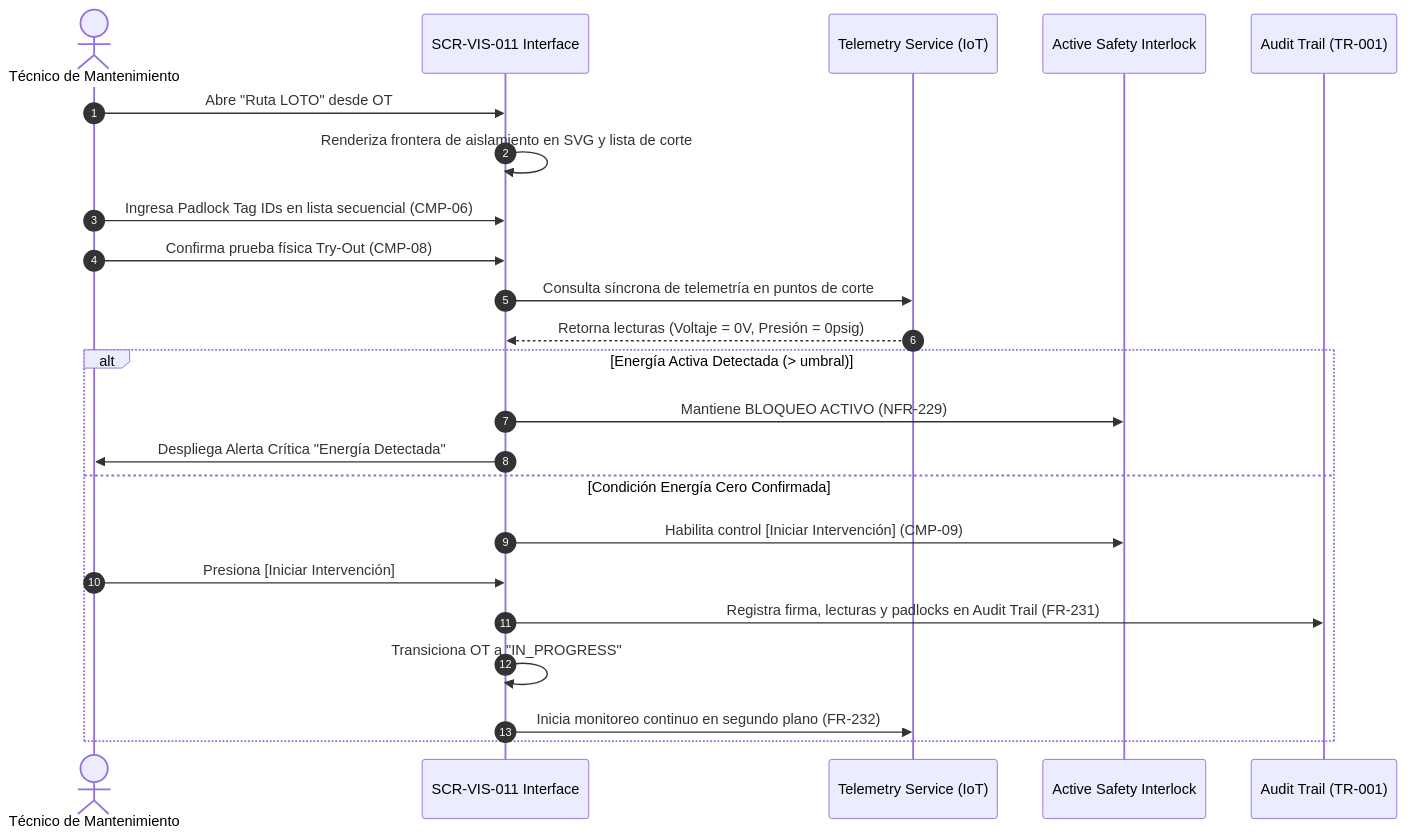
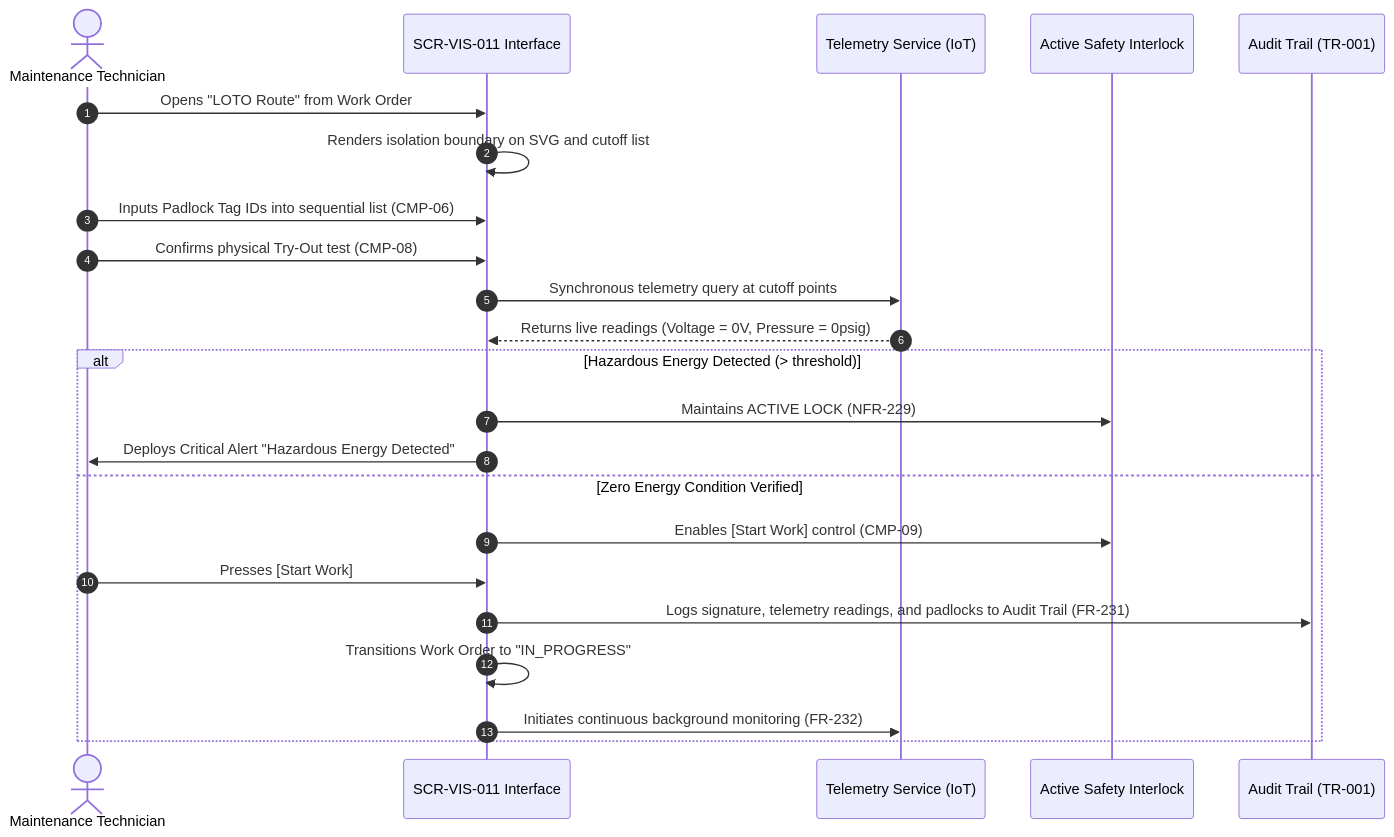
Before and after one commit to Novav20/adso-dteam-docs: the diagram in ui-ux/screens/vis/SCR-VIS-011.md, drawn with Mermaid. The commit also changed other lines of this file, not shown here.

Commit message:
fix(ui-ux): purge non-English terms and labels from SCR-VIS-011 specification

````diff
--- a/ui-ux/screens/vis/SCR-VIS-011.md
+++ b/ui-ux/screens/vis/SCR-VIS-011.md
@@ -103,27 +103,27 @@
 ```mermaid
 sequenceDiagram
     autonumber
-    actor Tech as Técnico de Mantenimiento
+    actor Tech as Maintenance Technician
     participant UI as SCR-VIS-011 Interface
     participant IoT as Telemetry Service (IoT)
     participant SEC as Active Safety Interlock
     participant DB as Audit Trail (TR-001)
 
-    Tech->>UI: Abre "Ruta LOTO" desde OT
-    UI->>UI: Renderiza frontera de aislamiento en SVG y lista de corte
-    Tech->>UI: Ingresa Padlock Tag IDs en lista secuencial (CMP-06)
-    Tech->>UI: Confirma prueba física Try-Out (CMP-08)
-    UI->>IoT: Consulta síncrona de telemetría en puntos de corte
-    IoT-->>UI: Retorna lecturas (Voltaje = 0V, Presión = 0psig)
+    Tech->>UI: Opens "LOTO Route" from Work Order
+    UI->>UI: Renders isolation boundary on SVG and cutoff list
+    Tech->>UI: Inputs Padlock Tag IDs into sequential list (CMP-06)
+    Tech->>UI: Confirms physical Try-Out test (CMP-08)
+    UI->>IoT: Synchronous telemetry query at cutoff points
+    IoT-->>UI: Returns live readings (Voltage = 0V, Pressure = 0psig)
     
-    alt Energía Activa Detectada (> umbral)
-        UI->>SEC: Mantiene BLOQUEO ACTIVO (NFR-229)
-        UI->>Tech: Despliega Alerta Crítica "Energía Detectada"
-    else Condición Energía Cero Confirmada
-        UI->>SEC: Habilita control [Iniciar Intervención] (CMP-09)
-        Tech->>UI: Presiona [Iniciar Intervención]
-        UI->>DB: Registra firma, lecturas y padlocks en Audit Trail (FR-231)
-        UI->>UI: Transiciona OT a "IN_PROGRESS"
-        UI->>IoT: Inicia monitoreo continuo en segundo plano (FR-232)
+    alt Hazardous Energy Detected (> threshold)
+        UI->>SEC: Maintains ACTIVE LOCK (NFR-229)
+        UI->>Tech: Deploys Critical Alert "Hazardous Energy Detected"
+    else Zero Energy Condition Verified
+        UI->>SEC: Enables [Start Work] control (CMP-09)
+        Tech->>UI: Presses [Start Work]
+        UI->>DB: Logs signature, telemetry readings, and padlocks to Audit Trail (FR-231)
+        UI->>UI: Transitions Work Order to "IN_PROGRESS"
+        UI->>IoT: Initiates continuous background monitoring (FR-232)
     end
 ```
````
